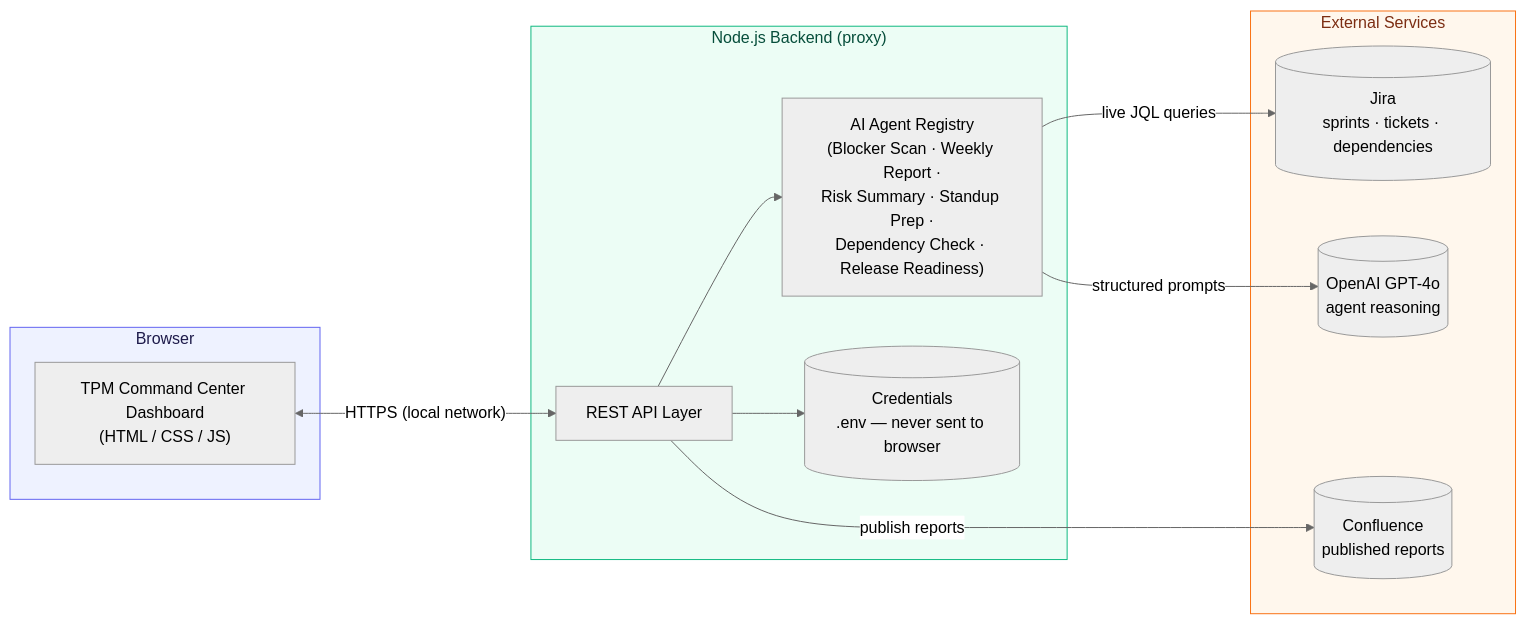
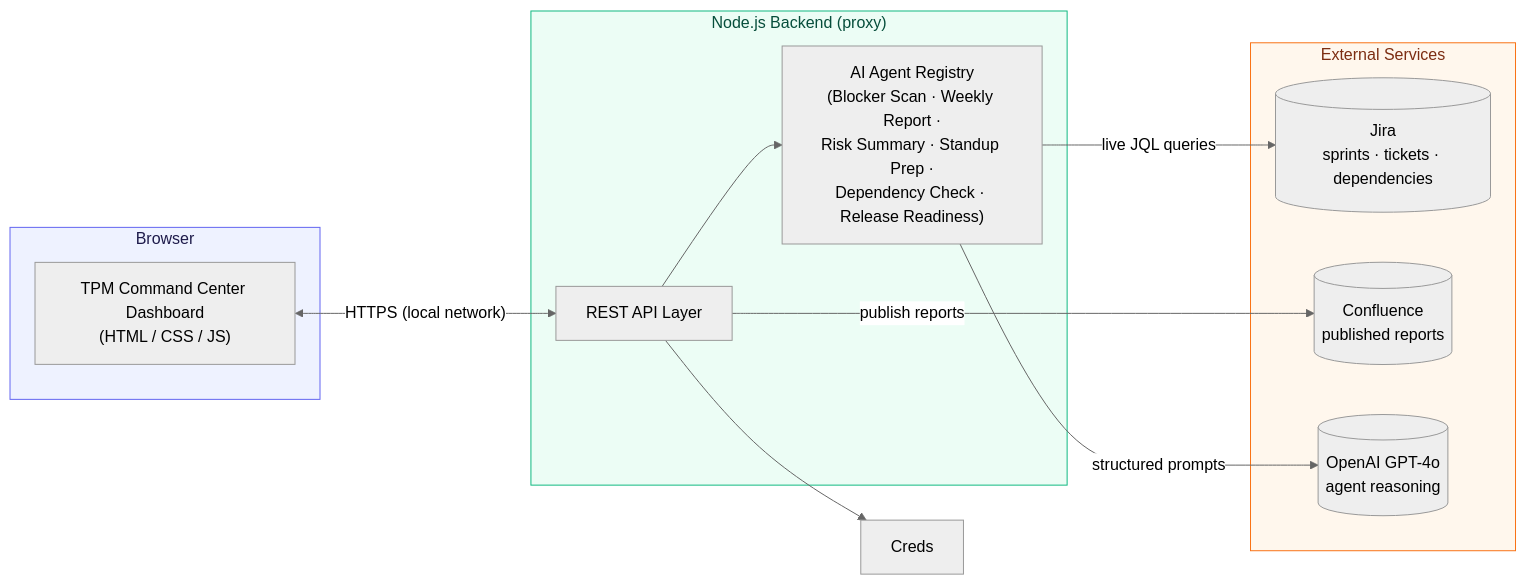
One commit to Himanshu-Rao-AI/Program_Management_AI_Command_Center changed the diagram in README.md. Above: the diagram before and after it, drawn with Mermaid (neutral theme). The commit also changed other lines of this file, not shown here.

Commit message:
Simplify design choice explanation in README
Removed mention of API keys and tokens living in the Node backend from the design choice explanation.

````diff
--- a/README.md
+++ b/README.md
@@ -33,29 +33,29 @@
 ```mermaid
 flowchart LR
     subgraph Client["Browser"]
         UI["TPM Command Center Dashboard<br/>(HTML / CSS / JS)"]
     end
 
     subgraph Server["Node.js Backend (proxy)"]
         API["REST API Layer"]
         Agents["AI Agent Registry<br/>(Blocker Scan · Weekly Report ·<br/>Risk Summary · Standup Prep ·<br/>Dependency Check · Release Readiness)"]
-        Creds[("Credentials<br/>.env — never sent to browser")]
+        
     end
 
     subgraph External["External Services"]
         Jira[("Jira<br/>sprints · tickets · dependencies")]
         Confluence[("Confluence<br/>published reports")]
         OpenAI[("OpenAI GPT-4o<br/>agent reasoning")]
     end
 
     UI <-->|"HTTPS (local network)"| API
     API --> Agents
     API --> Creds
     Agents -->|"live JQL queries"| Jira
     API -->|"publish reports"| Confluence
     Agents -->|"structured prompts"| OpenAI
 
     style Client fill:#eef2ff,stroke:#6366f1,color:#1e1b4b
     style Server fill:#ecfdf5,stroke:#10b981,color:#064e3b
     style External fill:#fff7ed,stroke:#f97316,color:#7c2d12
 ```
````
